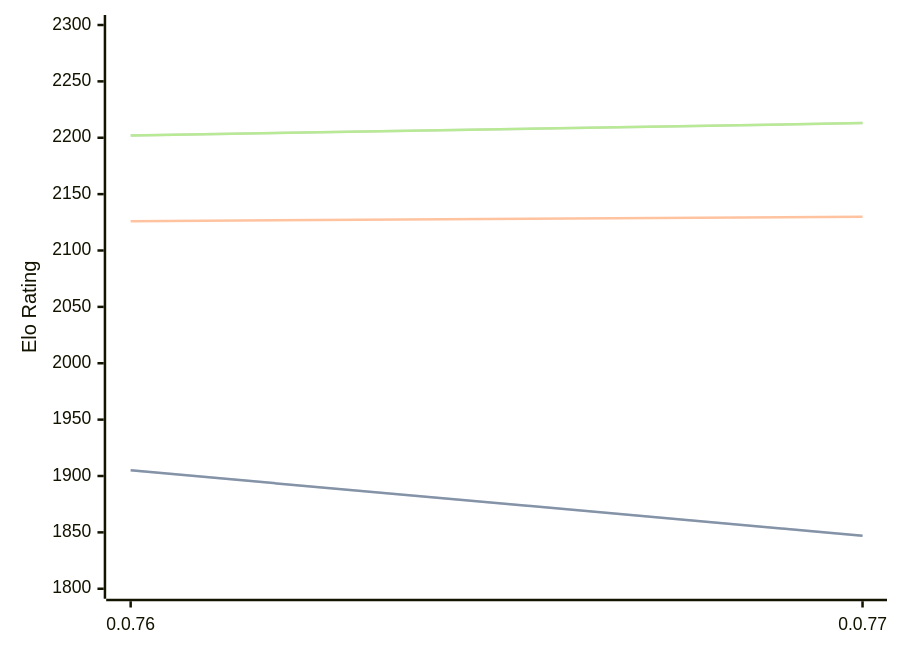
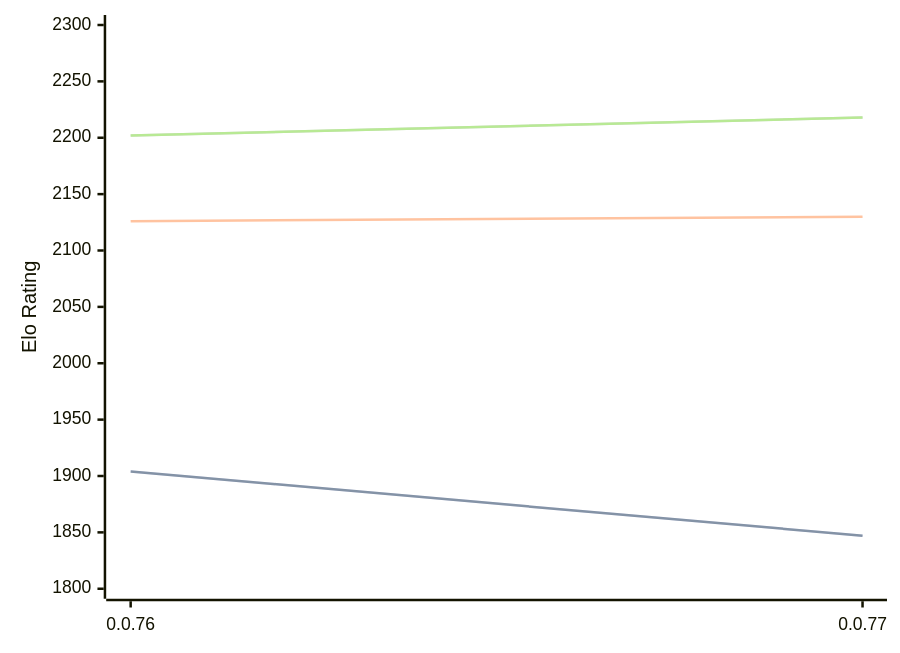
The diagram in engines/Fktb.md (computer-chess-index/cci), drawn with Mermaid before and after one commit. The commit also changed other lines of this file, not shown here.

Commit message:
Update CCI Ratings (ELO VLTC) - 2026-07-27

````diff
--- a/engines/Fktb.md
+++ b/engines/Fktb.md
@@ -32,11 +32,11 @@
 ```mermaid
 %%{init: {"theme":"base","themeVariables":{"seriesColors:['#a3a3a3','#222221','#faa371']}}}%%
 xychart-beta
   x-axis ["0.0.76", "0.0.77"]
   y-axis "Elo Rating" 1800 --> 2300
-  line "STC (8.0+0.08s)" [1905, 1847]
-  line "STC (8.0+0.08s)" [1905, 1847]
+  line "STC (8.0+0.08s)" [1904, 1847]
+  line "STC (8.0+0.08s)" [1904, 1847]
   line "LTC (60.0+0.60s)" [2126, 2130]
-  line "VLTC (2m24s+1.12s)" [2202, 2213]
-  line "VLTC (2m24s+1.12s)" [2202, 2213]
+  line "VLTC (2m24s+1.12s)" [2202, 2218]
+  line "VLTC (2m24s+1.12s)" [2202, 2218]
 ```
````
